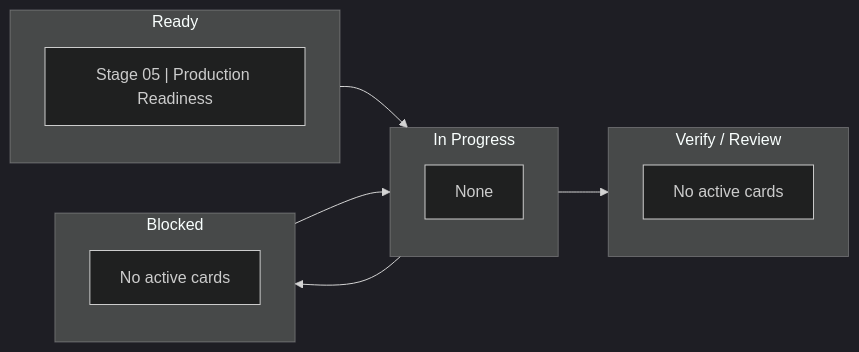
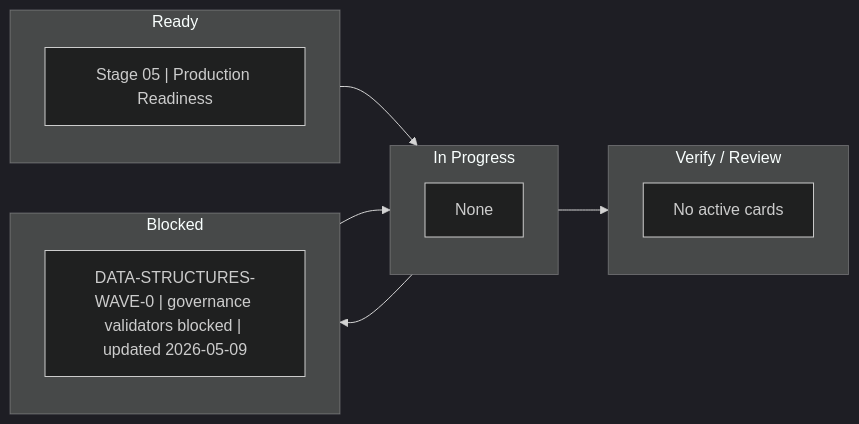
Before and after one commit to shomsy/avax: the diagram in .agents/management/ACTIVE.md, drawn with Mermaid (dark theme). The commit also changed 300 other files, not shown here.

````diff
--- a/.agents/management/ACTIVE.md
+++ b/.agents/management/ACTIVE.md
@@ -20,23 +20,23 @@
 ```mermaid
 flowchart LR
     subgraph Ready["Ready"]
         R0["Stage 05 | Production Readiness"]
     end
 
     subgraph InProgress["In Progress"]
         P0["None"]
     end
 
     subgraph Blocked["Blocked"]
-        B0["No active cards"]
+        B0["DATA-STRUCTURES-WAVE-0 | governance validators blocked | updated 2026-05-09"]
     end
 
     subgraph Verify["Verify / Review"]
         V0["No active cards"]
     end
 
     Ready --> InProgress
     InProgress --> Verify
     InProgress --> Blocked
     Blocked --> InProgress
 ```
````
